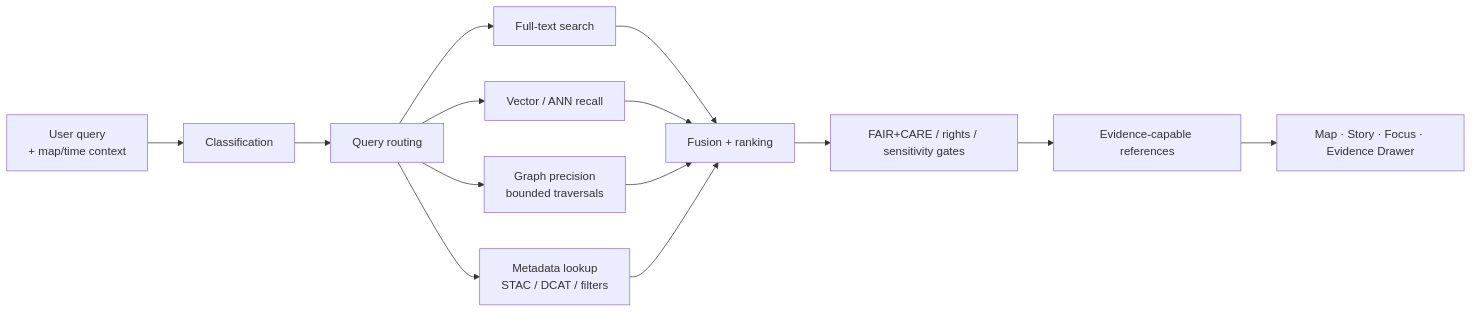
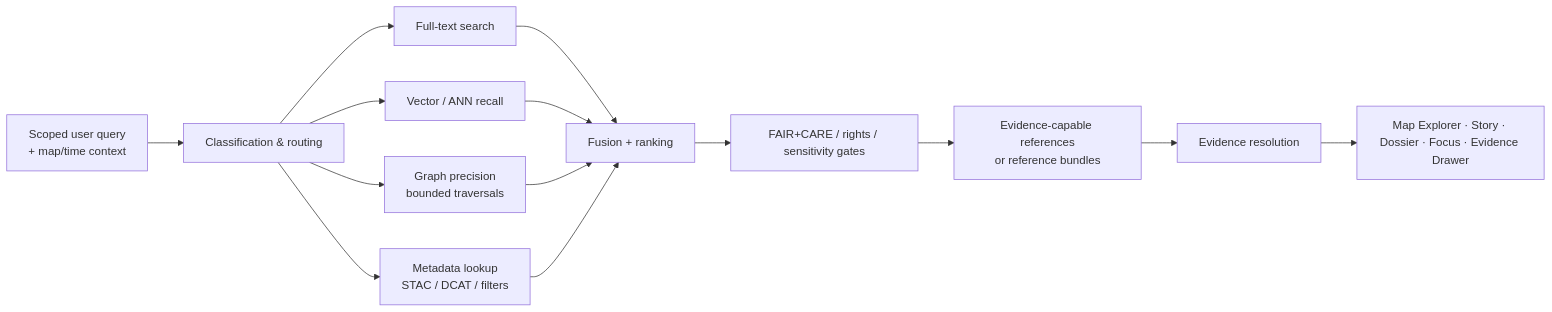
The diagram in docs/search/README.md (bartytime4life/Kansas-Frontier-Matrix), drawn with Mermaid before and after one commit. The commit also changed other lines of this file, not shown here.

````diff
--- a/docs/search/README.md
+++ b/docs/search/README.md
@@ -200,19 +264,19 @@
 ```mermaid
 flowchart LR
-    Q[User query<br/>+ map/time context] --> C[Classification]
-    C --> R[Query routing]
+    Q[Scoped user query<br/>+ map/time context] --> C[Classification & routing]
 
-    R --> FTS[Full-text search]
-    R --> V[Vector / ANN recall]
-    R --> G[Graph precision<br/>bounded traversals]
-    R --> M[Metadata lookup<br/>STAC / DCAT / filters]
+    C --> FTS[Full-text search]
+    C --> V[Vector / ANN recall]
+    C --> G[Graph precision<br/>bounded traversals]
+    C --> M[Metadata lookup<br/>STAC / DCAT / filters]
 
     FTS --> FUSE[Fusion + ranking]
     V --> FUSE
     G --> FUSE
     M --> FUSE
 
     FUSE --> P[FAIR+CARE / rights / sensitivity gates]
-    P --> H[Evidence-capable references]
-    H --> UX[Map · Story · Focus · Evidence Drawer]
+    P --> R[Evidence-capable references<br/>or reference bundles]
+    R --> E[Evidence resolution]
+    E --> U[Map Explorer · Story · Dossier · Focus · Evidence Drawer]
 ```
````
